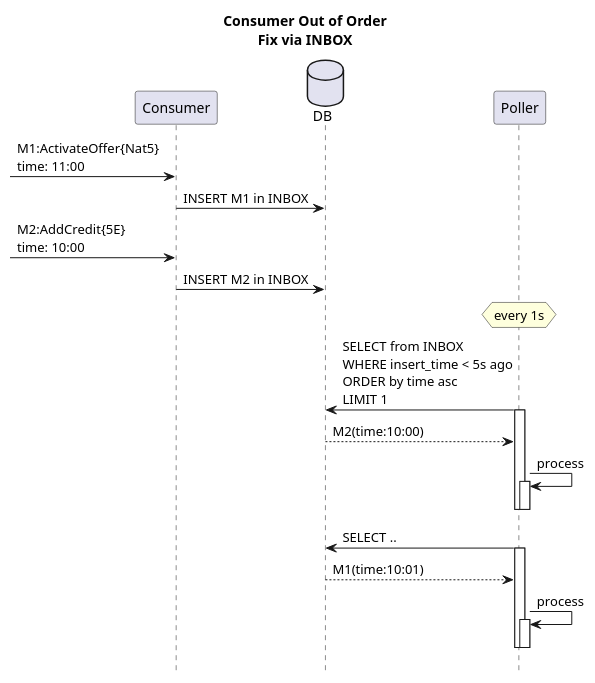
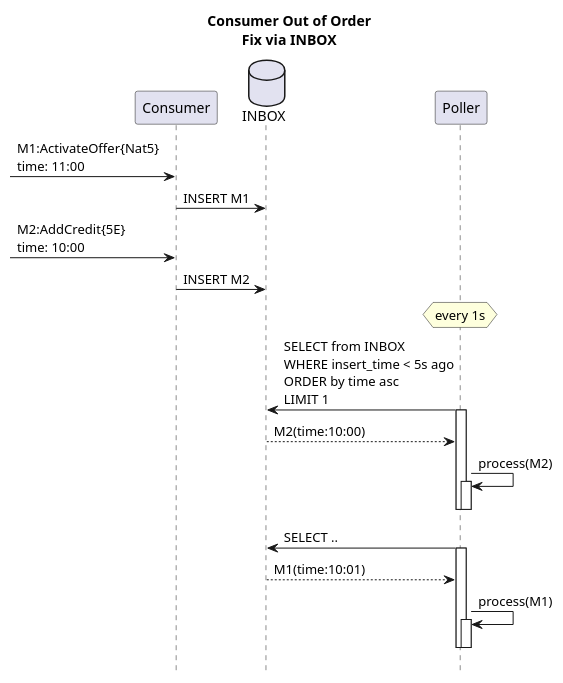
Before and after one commit to victorrentea/kafka: the diagram in patterns/2_order_c_[fix]inbox.puml, drawn with PlantUML. The commit also changed 33 other files, not shown here.

```diff
--- a/patterns/2_order_c_[fix]inbox.puml
+++ b/patterns/2_order_c_[fix]inbox.puml
@@ -1,24 +1,24 @@
 @startuml
 title Consumer Out of Order\nFix via INBOX
 hide footbox
-database DB order 10
+database INBOX order 10
 participant Poller order 11
 
 ->Consumer: M1:ActivateOffer{Nat5}\ntime: 11:00
-Consumer->DB: INSERT M1 in INBOX
+Consumer->INBOX: INSERT M1
 ->Consumer: M2:AddCredit{5E}\ntime: 10:00
-Consumer->DB: INSERT M2 in INBOX
+Consumer->INBOX: INSERT M2
 hnote over Poller: every 1s
-Poller->DB: SELECT from INBOX\nWHERE insert_time < 5s ago\nORDER by time asc\nLIMIT 1
+Poller->INBOX: SELECT from INBOX\nWHERE insert_time < 5s ago\nORDER by time asc\nLIMIT 1
 Poller++
-DB-->Poller: M2(time:10:00)
-Poller->Poller++: process
+INBOX-->Poller: M2(time:10:00)
+Poller->Poller++: process(M2)
 Poller--
 Poller--
-Poller->DB: SELECT ..
+Poller->INBOX: SELECT ..
 Poller++
-DB-->Poller: M1(time:10:01)
-Poller->Poller++: process
+INBOX-->Poller: M1(time:10:01)
+Poller->Poller++: process(M1)
 Poller--
 Poller--
 @enduml
```
